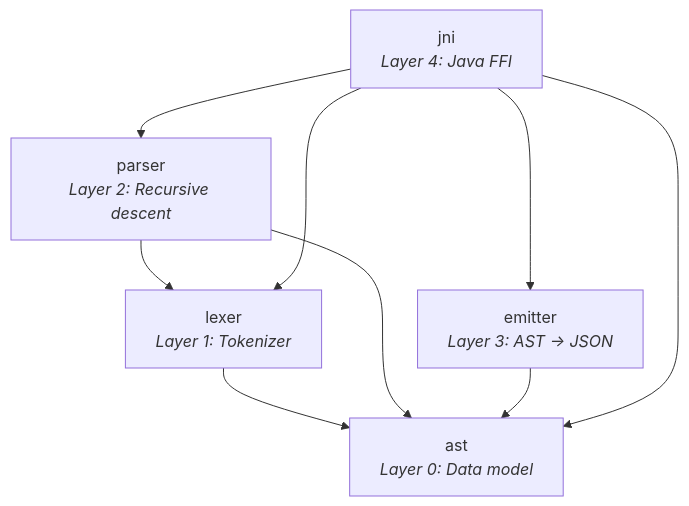
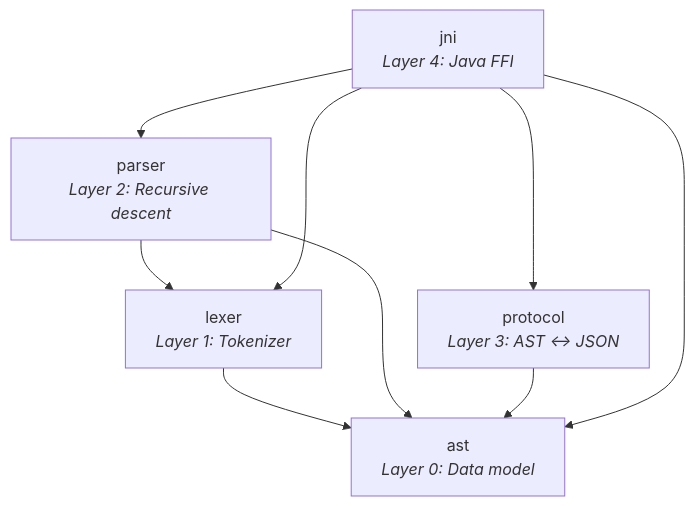
The diagram in ARCHITECTURE.md (rafaelbey/legend-pure), drawn with Mermaid before and after one commit. The commit also changed other lines of this file and 15 other files, not shown here.

````diff
--- a/ARCHITECTURE.md
+++ b/ARCHITECTURE.md
@@ -5,17 +5,17 @@
 ```mermaid
 flowchart TD
     AST["ast<br/><i>Layer 0: Data model</i>"]
     LEX["lexer<br/><i>Layer 1: Tokenizer</i>"]
     PAR["parser<br/><i>Layer 2: Recursive descent</i>"]
-    EMI["emitter<br/><i>Layer 3: AST → JSON</i>"]
+    PRO["protocol<br/><i>Layer 3: AST ↔ JSON</i>"]
     JNI["jni<br/><i>Layer 4: Java FFI</i>"]
 
     LEX --> AST
     PAR --> AST
     PAR --> LEX
-    EMI --> AST
+    PRO --> AST
     JNI --> AST
     JNI --> LEX
     JNI --> PAR
-    JNI --> EMI
+    JNI --> PRO
 ```
````
